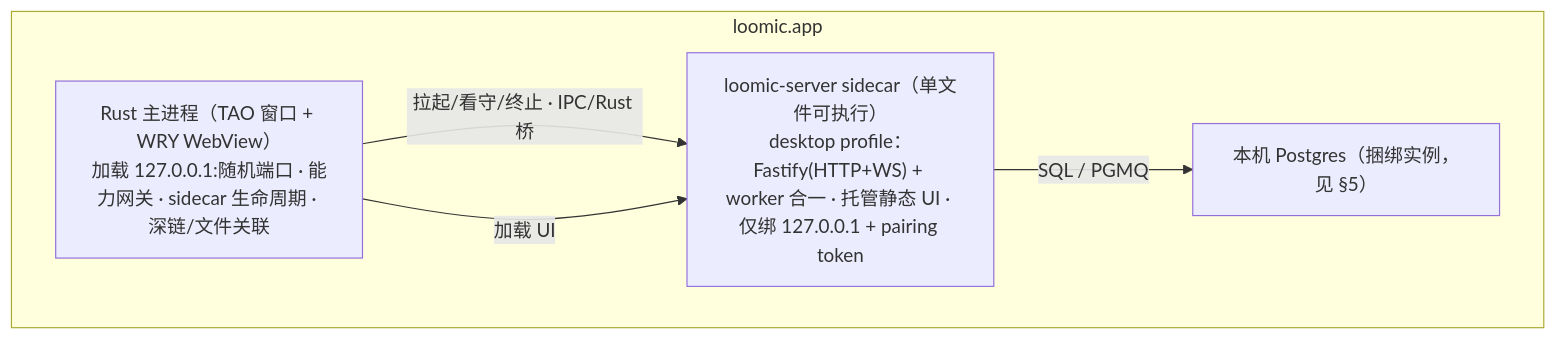
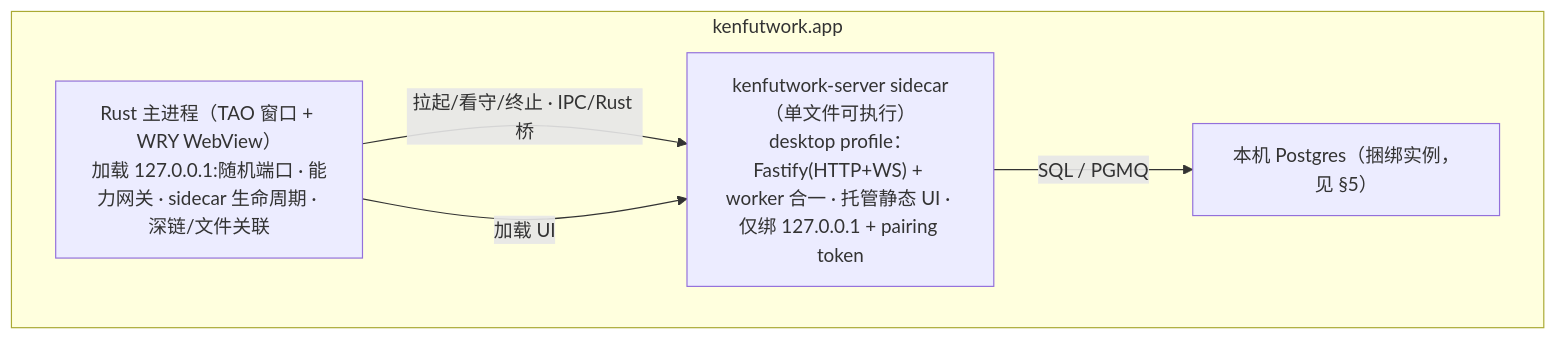
Before and after one commit to IsKenKenYa/KenFutWork: the second of 2 diagrams in docs/tech/多端产品设计.md, drawn with Mermaid. The commit also changed other lines of this file and 128 other files, not shown here.

````diff
--- a/docs/tech/多端产品设计.md
+++ b/docs/tech/多端产品设计.md
@@ -94,11 +94,11 @@
 ```mermaid
 graph TB
-    subgraph APP["loomic.app"]
+    subgraph APP["kenfutwork.app"]
         RUST["Rust 主进程（TAO 窗口 + WRY WebView）<br/>加载 127.0.0.1:随机端口 · 能力网关 · sidecar 生命周期 · 深链/文件关联"]
-        SIDE["loomic-server sidecar（单文件可执行）<br/>desktop profile：Fastify(HTTP+WS) + worker 合一 · 托管静态 UI · 仅绑 127.0.0.1 + pairing token"]
+        SIDE["kenfutwork-server sidecar（单文件可执行）<br/>desktop profile：Fastify(HTTP+WS) + worker 合一 · 托管静态 UI · 仅绑 127.0.0.1 + pairing token"]
         PG["本机 Postgres（捆绑实例，见 §5）"]
     end
     RUST -->|"拉起/看守/终止 · IPC/Rust 桥"| SIDE
     RUST -->|"加载 UI"| SIDE
     SIDE -->|"SQL / PGMQ"| PG
 ```
````
